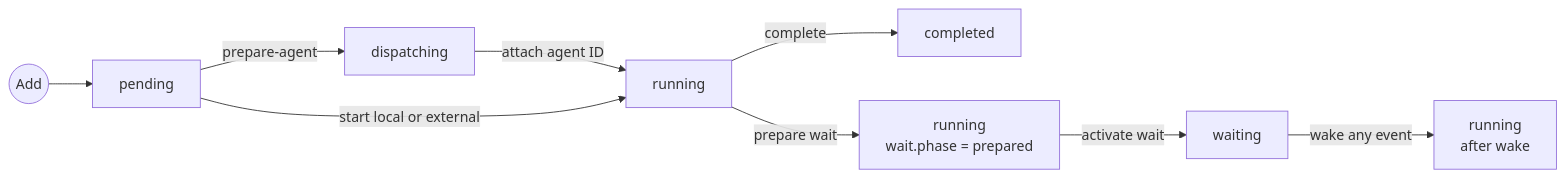
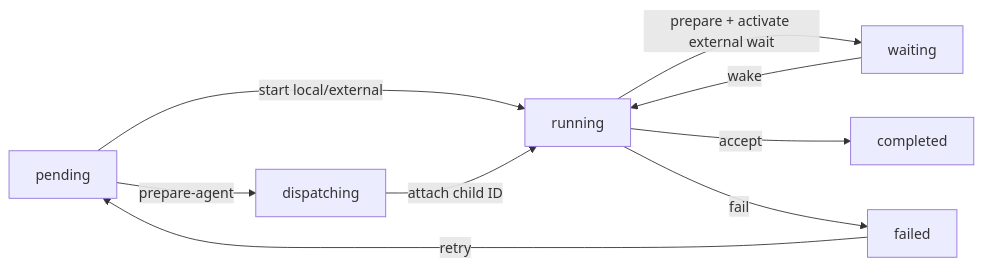
Before and after one commit to wenxueru/wait-skill: the diagram in docs/wait-goal.md, drawn with Mermaid. The commit also changed other lines of this file and 34 other files, not shown here.

First line of the commit message:
feat: unify wait modes and wake Codex without Desktop

````diff
--- a/docs/wait-goal.md
+++ b/docs/wait-goal.md
@@ -33,11 +29,11 @@
 ```mermaid
 flowchart LR
-    add((Add)) --> pending[pending]
-    pending -->|prepare-agent| dispatching[dispatching]
-    dispatching -->|attach agent ID| running[running]
-    pending -->|start local or external| running
-    running -->|complete| completed[completed]
-    running -->|prepare wait| prepared["running<br/>wait.phase = prepared"]
-    prepared -->|activate wait| waiting[waiting]
-    waiting -->|wake any event| resumed["running<br/>after wake"]
+    pending -->|start local/external| running
+    pending -->|prepare-agent| dispatching
+    dispatching -->|attach child ID| running
+    running -->|prepare + activate external wait| waiting
+    waiting -->|wake| running
+    running -->|accept| completed
+    running -->|fail| failed
+    failed -->|retry| pending
 ```
````
